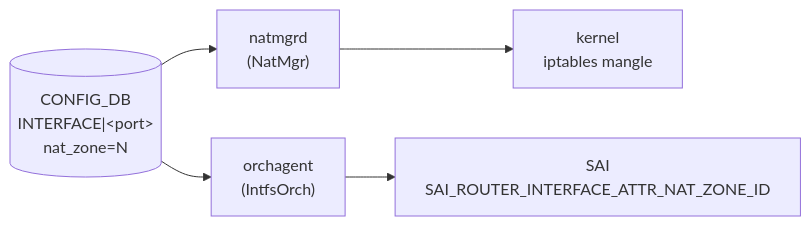
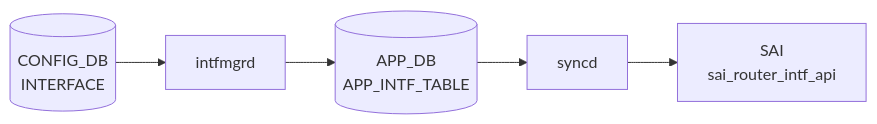
Before and after one commit to aoki-taquan/sonic-unofficial-docs: the diagram in docs/reference/config-db/nat-zone.md, drawn with Mermaid. The commit also changed other lines of this file and 359 other files, not shown here.

````diff
--- a/docs/reference/config-db/nat-zone.md
+++ b/docs/reference/config-db/nat-zone.md
@@ -46,12 +46,12 @@
 ```mermaid
 flowchart LR
-  CDB[("CONFIG_DB<br/>INTERFACE|&lt;port&gt;<br/>nat_zone=N")]
-  NM["natmgrd<br/>(NatMgr)"]
-  IA["orchagent<br/>(IntfsOrch)"]
-  IPT["kernel<br/>iptables mangle"]
-  SAI["SAI<br/>SAI_ROUTER_INTERFACE_ATTR_NAT_ZONE_ID"]
-  CDB --> NM
-  CDB --> IA
-  NM --> IPT
-  IA --> SAI
+  CDB[("CONFIG_DB<br/>INTERFACE")]
+  DM["intfmgrd"]
+  CDB --> DM
+  APPDB[("APP_DB<br/>APP_INTF_TABLE")]
+  DM --> APPDB
+  SYNCD["syncd"]
+  APPDB --> SYNCD
+  SAI["SAI<br/>sai_router_intf_api"]
+  SYNCD --> SAI
 ```
````
